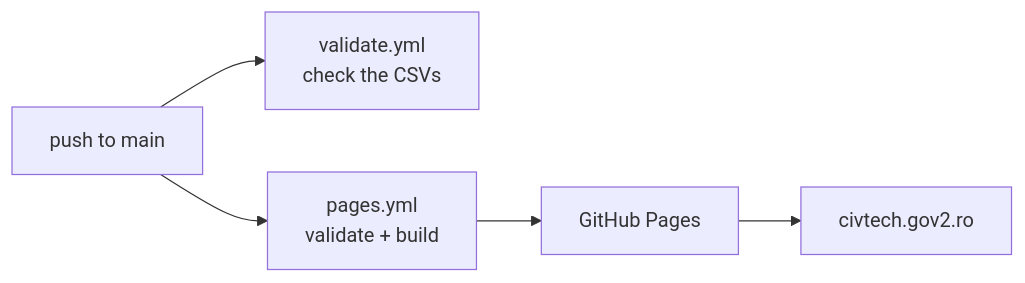
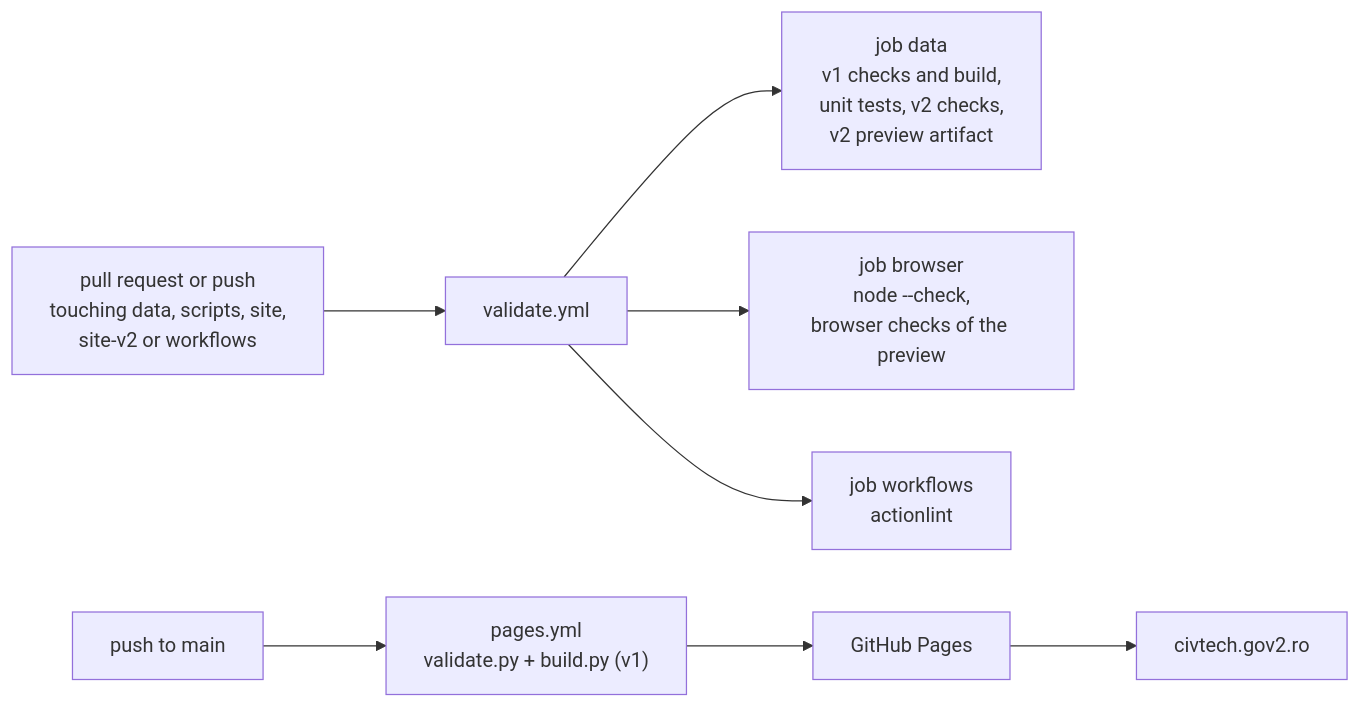
One commit to gov2-ro/awesome-civtech-ro changed the third of 9 diagrams in docs/ARCHITECTURE.md. Above: the diagram before and after it, drawn with Mermaid. The commit also changed other lines of this file and 3 other files, not shown here.

````diff
--- a/docs/ARCHITECTURE.md
+++ b/docs/ARCHITECTURE.md
@@ -87,7 +115,10 @@
 ```mermaid
 flowchart LR
-    push[push to main] --> v[validate.yml<br/>check the CSVs]
-    push --> p[pages.yml<br/>validate + build]
+    change["pull request or push<br/>touching data, scripts, site,<br/>site-v2 or workflows"] --> v["validate.yml"]
+    v --> d["job data<br/>v1 checks and build,<br/>unit tests, v2 checks,<br/>v2 preview artifact"]
+    v --> b["job browser<br/>node --check,<br/>browser checks of the preview"]
+    v --> w["job workflows<br/>actionlint"]
+    push["push to main"] --> p["pages.yml<br/>validate.py + build.py (v1)"]
     p --> gh[GitHub Pages]
     gh --> live[civtech.gov2.ro]
 ```
````
